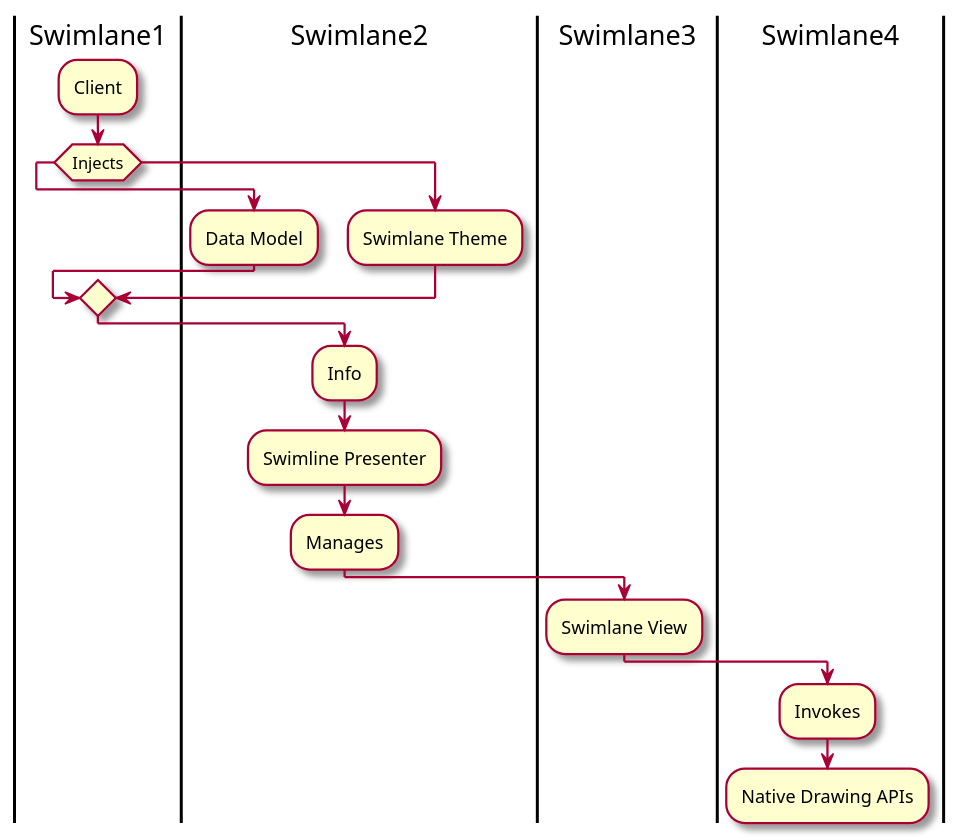
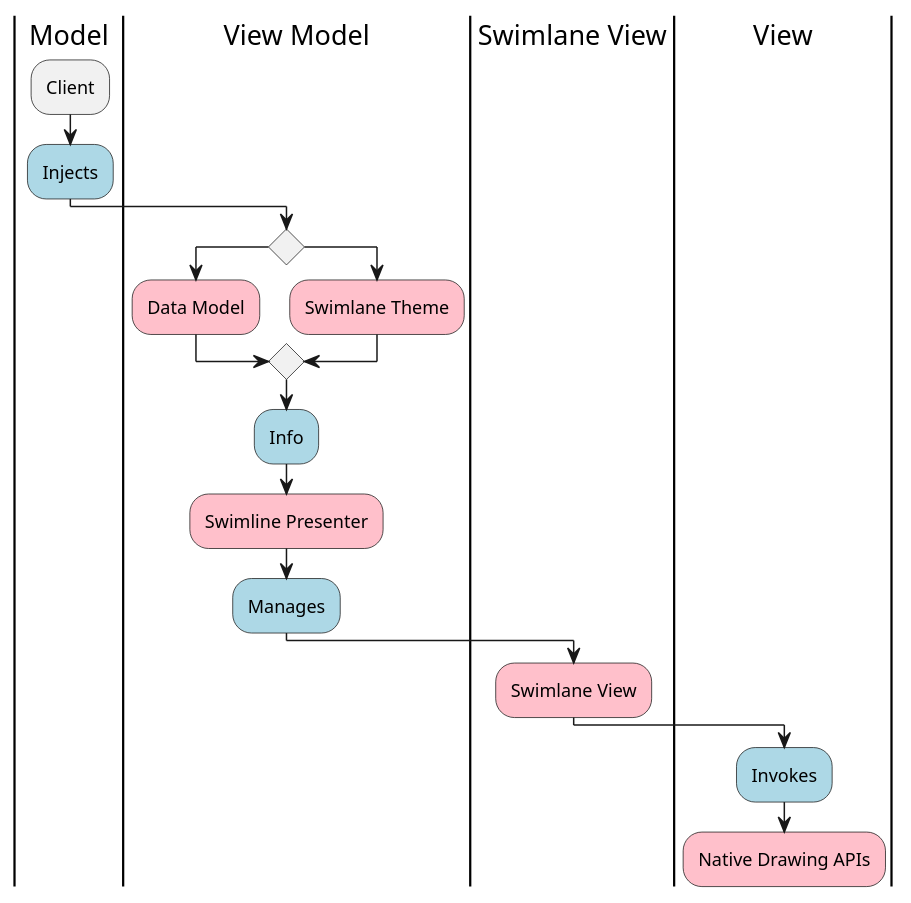
The diagram in diagrams/LandscapeSwimlaneDesignUML.puml (vl1021/pumlcharts), drawn with PlantUML before and after one commit. The commit also changed 6 other files, not shown here.

Commit message:
Swimlane Diagrams, Adds color

```diff
--- a/diagrams/LandscapeSwimlaneDesignUML.puml
+++ b/diagrams/LandscapeSwimlaneDesignUML.puml
@@ -1,20 +1,20 @@
 @startuml
-skin rose
-| Swimlane1 |
+| Model |
 :Client;
-if (Injects) then ( )
-|Swimlane2|
-:Data Model;
+#LightBlue :Injects;
+|View Model|
+if () then ( )
+#pink :Data Model;
 else ( )
-:Swimlane Theme;
+#Pink :Swimlane Theme;
 endif 
-:Info;
-:Swimline Presenter;
-:Manages;
-|Swimlane3|
-:Swimlane View;
-|Swimlane4|
-:Invokes;
-:Native Drawing APIs;
+#LightBlue :Info;
+#pink :Swimline Presenter;
+#LightBlue :Manages;
+|Swimlane View|
+#pink :Swimlane View;
+|View|
+#LightBlue :Invokes;
+#pink :Native Drawing APIs;
 kill
 @enduml
```
